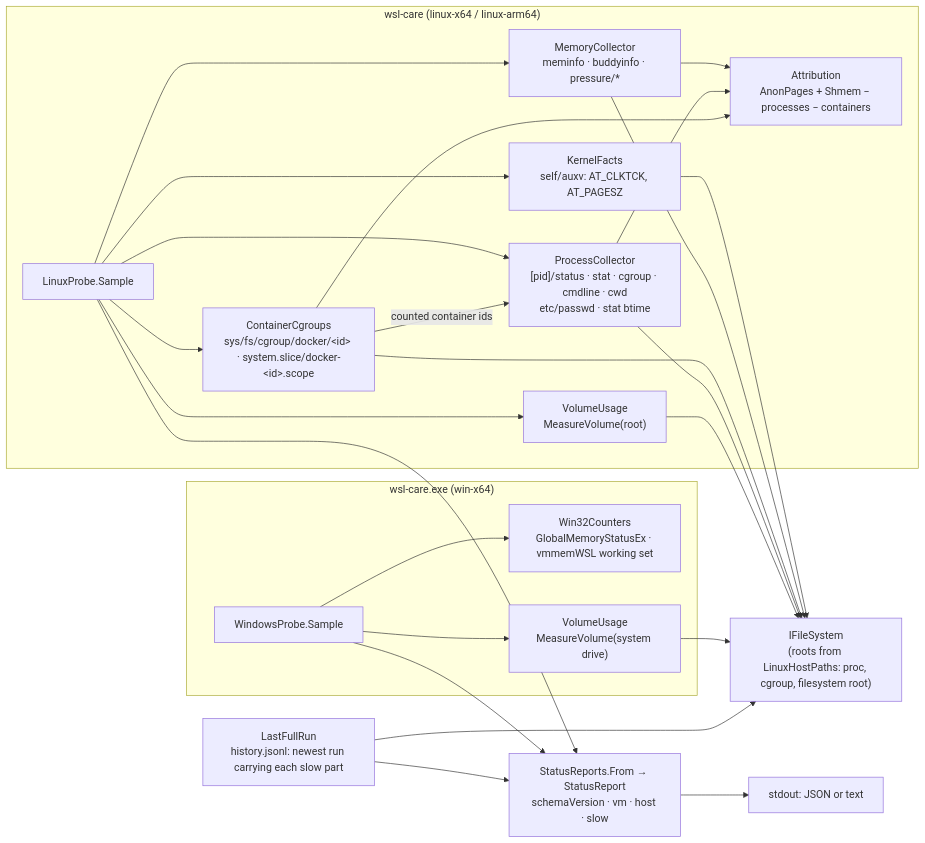
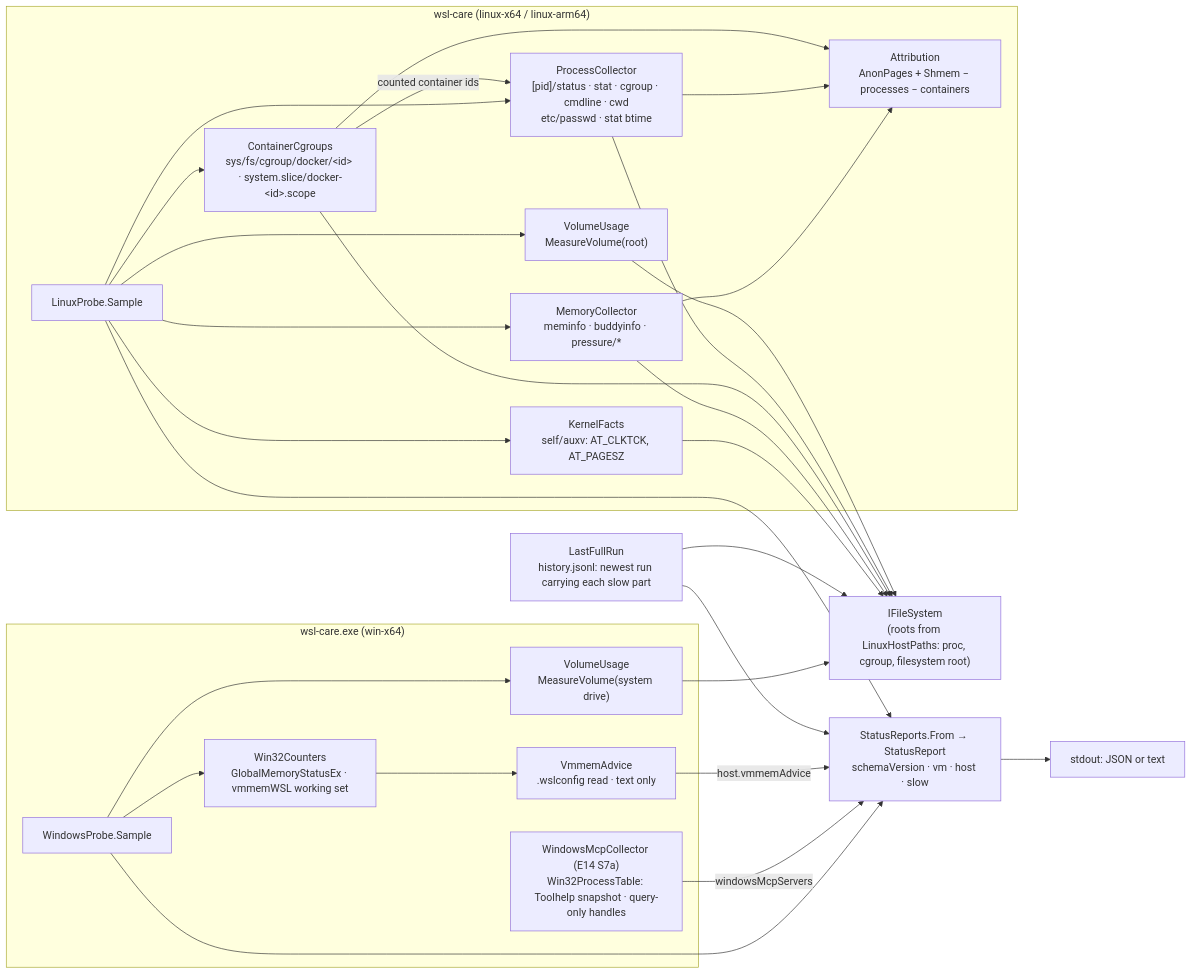
One commit to oleksandrdubyna88/wsl_care changed the second of 31 diagrams in research/architecture.md. Above: the diagram before and after it, drawn with Mermaid. The commit also changed other lines of this file and 31 other files, not shown here.

First line of the commit message:
feat(daemon): the Windows side's MCP servers, read-only, and the vmmem advice (E14 S7a)

````diff
--- a/research/architecture.md
+++ b/research/architecture.md
@@ -276,38 +276,42 @@
 ```mermaid
 flowchart LR
     subgraph wsl["wsl-care (linux-x64 / linux-arm64)"]
         lp["LinuxProbe.Sample"]
         mem["MemoryCollector<br/>meminfo · buddyinfo · pressure/*"]
         aux["KernelFacts<br/>self/auxv: AT_CLKTCK, AT_PAGESZ"]
         cg["ContainerCgroups<br/>sys/fs/cgroup/docker/&lt;id&gt; · system.slice/docker-&lt;id&gt;.scope"]
         pc["ProcessCollector<br/>[pid]/status · stat · cgroup · cmdline · cwd<br/>etc/passwd · stat btime"]
         at["Attribution<br/>AnonPages + Shmem − processes − containers"]
         df["VolumeUsage<br/>MeasureVolume(root)"]
     end
     subgraph win["wsl-care.exe (win-x64)"]
         wp["WindowsProbe.Sample"]
         wc["Win32Counters<br/>GlobalMemoryStatusEx · vmmemWSL working set"]
         sd["VolumeUsage<br/>MeasureVolume(system drive)"]
+        wm["WindowsMcpCollector (E14 S7a)<br/>Win32ProcessTable: Toolhelp snapshot · query-only handles"]
+        va["VmmemAdvice<br/>.wslconfig read · text only"]
     end
     fs["IFileSystem<br/>(roots from LinuxHostPaths: proc, cgroup, filesystem root)"]
     hist["LastFullRun<br/>history.jsonl: newest run carrying each slow part"]
     rep["StatusReports.From → StatusReport<br/>schemaVersion · vm · host · slow"]
     out["stdout: JSON or text"]
 
     lp --> aux --> fs
     lp --> mem --> fs
     lp --> cg --> fs
     lp --> pc --> fs
     cg -->|counted container ids| pc
     mem --> at
     pc --> at
     cg --> at
     lp --> df --> fs
     wp --> wc
     wp --> sd --> fs
     lp --> rep
     wp --> rep
+    wm -->|windowsMcpServers| rep
+    wc --> va -->|host.vmmemAdvice| rep
     hist --> fs
     hist --> rep
     rep --> out
 ```
````
